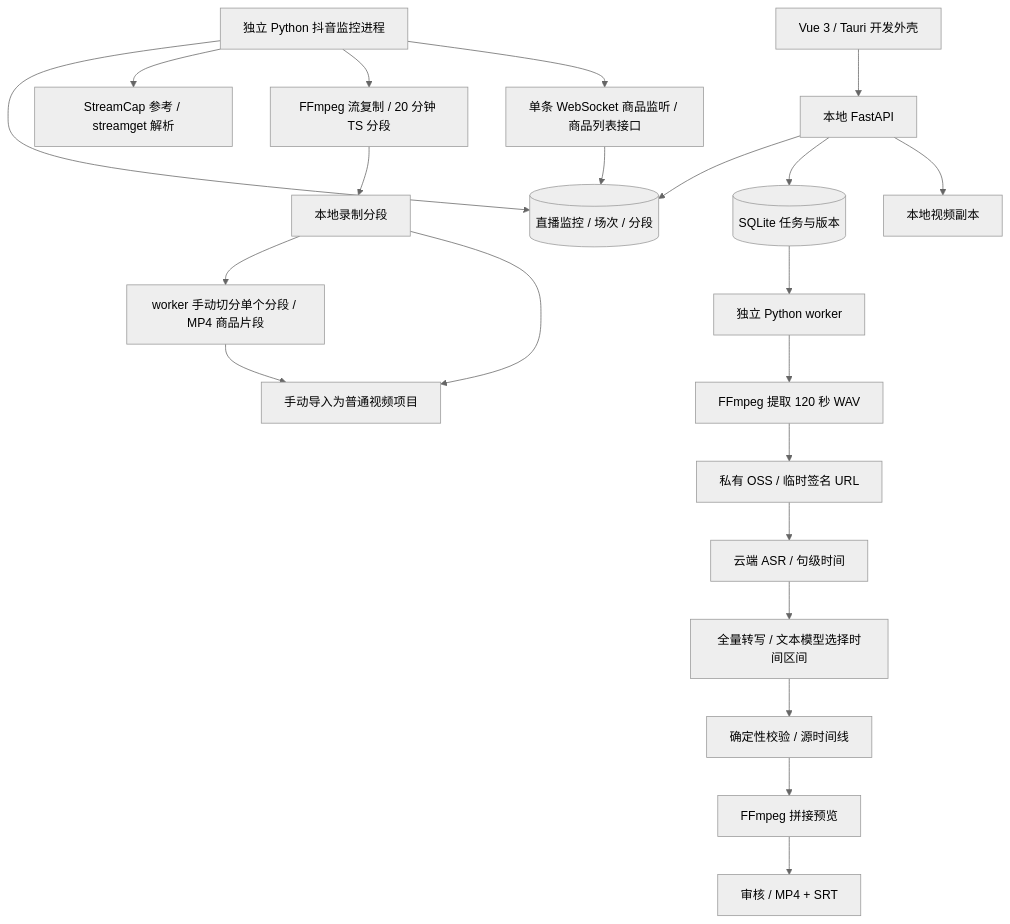
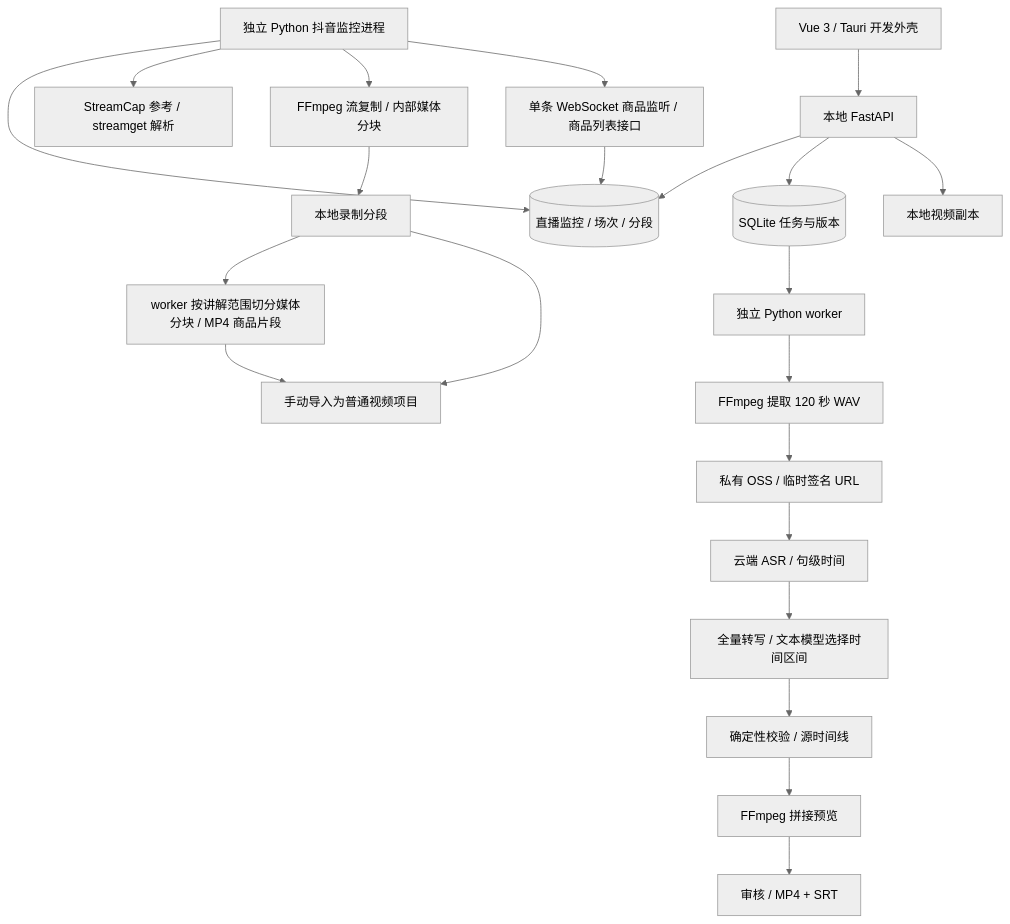
The diagram in SPEC.md (Anony0S/DouyinCut), drawn with Mermaid (neutral theme) before and after one commit. The commit also changed other lines of this file and 14 other files, not shown here.

Commit message:
feat: refine live recording timelines and layout

````diff
--- a/SPEC.md
+++ b/SPEC.md
@@ -172,24 +175,24 @@
 ```mermaid
 flowchart TD
     UI[Vue 3 / Tauri 开发外壳] --> API[本地 FastAPI]
     API --> LM[(直播监控 / 场次 / 分段)]
     LW[独立 Python 抖音监控进程] --> LM
     LW --> DOUYIN[StreamCap 参考 / streamget 解析]
-    LW --> FFLIVE[FFmpeg 流复制 / 20 分钟 TS 分段]
+    LW --> FFLIVE[FFmpeg 流复制 / 内部媒体分块]
     LW --> PL[单条 WebSocket 商品监听 / 商品列表接口]
     PL --> LM
     FFLIVE --> LOCAL[本地录制分段]
-    LOCAL --> CLIP[worker 手动切分单个分段 / MP4 商品片段]
+    LOCAL --> CLIP[worker 按讲解范围切分媒体分块 / MP4 商品片段]
     LOCAL --> IMP[手动导入为普通视频项目]
     CLIP --> IMP
     API --> DB[(SQLite 任务与版本)]
     API --> FILE[本地视频副本]
     DB --> W[独立 Python worker]
     W --> FF[FFmpeg 提取 120 秒 WAV]
     FF --> OSS[私有 OSS / 临时签名 URL]
     OSS --> ASR[云端 ASR / 句级时间]
     ASR --> TEXT[全量转写 / 文本模型选择时间区间]
     TEXT --> CHECK[确定性校验 / 源时间线]
     CHECK --> PREVIEW[FFmpeg 拼接预览]
     PREVIEW --> OUT[审核 / MP4 + SRT]
 ```
````
